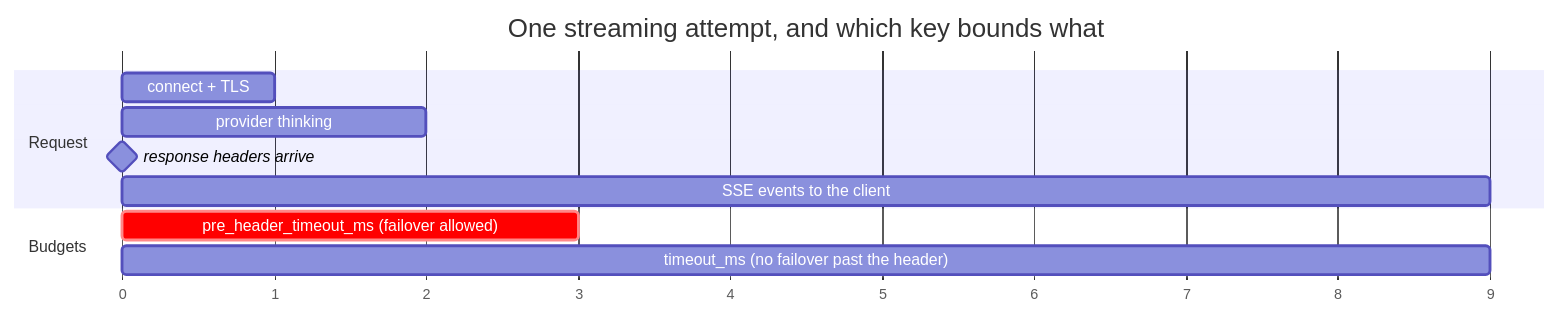
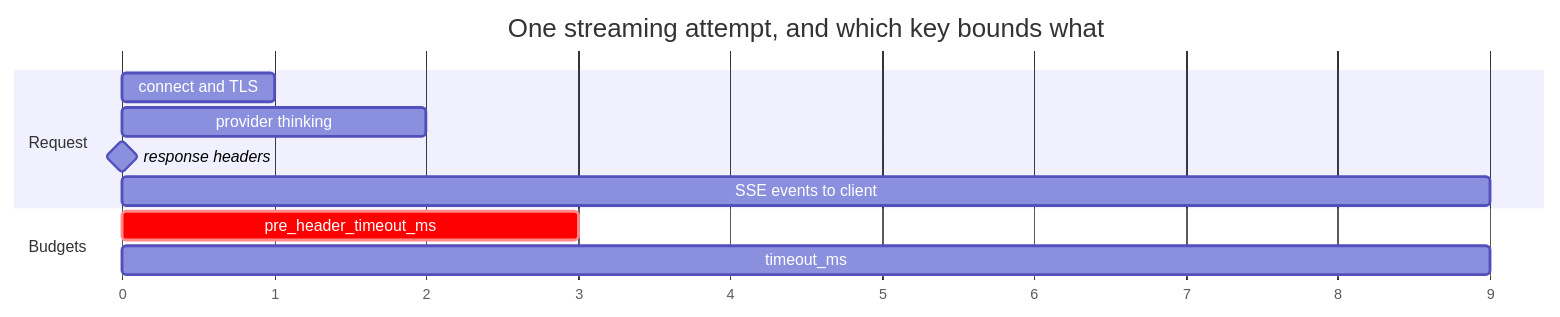
The first of 6 diagrams in docs/ai-gateway.md (soapbucket/sbproxy), drawn with Mermaid before and after one commit. The commit also changed other lines of this file and 9 other files, not shown here.

````diff
--- a/docs/ai-gateway.md
+++ b/docs/ai-gateway.md
@@ -104,14 +104,14 @@
 ```mermaid
 gantt
     title One streaming attempt, and which key bounds what
     dateFormat X
     axisFormat %s
     section Request
-    connect + TLS            :a1, 0, 1
-    provider thinking        :a2, 1, 2
-    response headers arrive  :milestone, m1, 3, 0
-    SSE events to the client :a3, 3, 9
+    connect and TLS         :a1, 0, 1
+    provider thinking       :a2, 1, 2
+    response headers        :milestone, m1, 3, 0
+    SSE events to client    :a3, 3, 9
     section Budgets
-    pre_header_timeout_ms (failover allowed) :crit, b1, 0, 3
-    timeout_ms (no failover past the header) :b2, 0, 9
+    pre_header_timeout_ms   :crit, b1, 0, 3
+    timeout_ms              :b2, 0, 9
 ```
````
